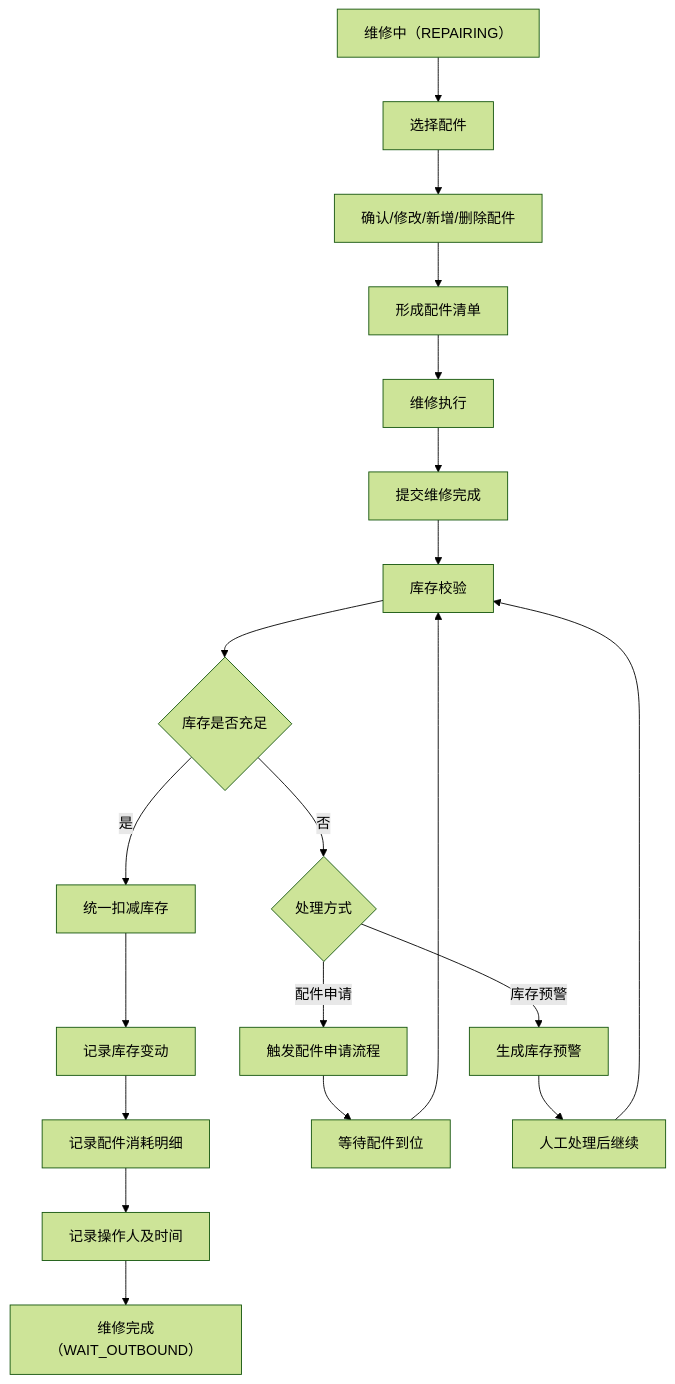
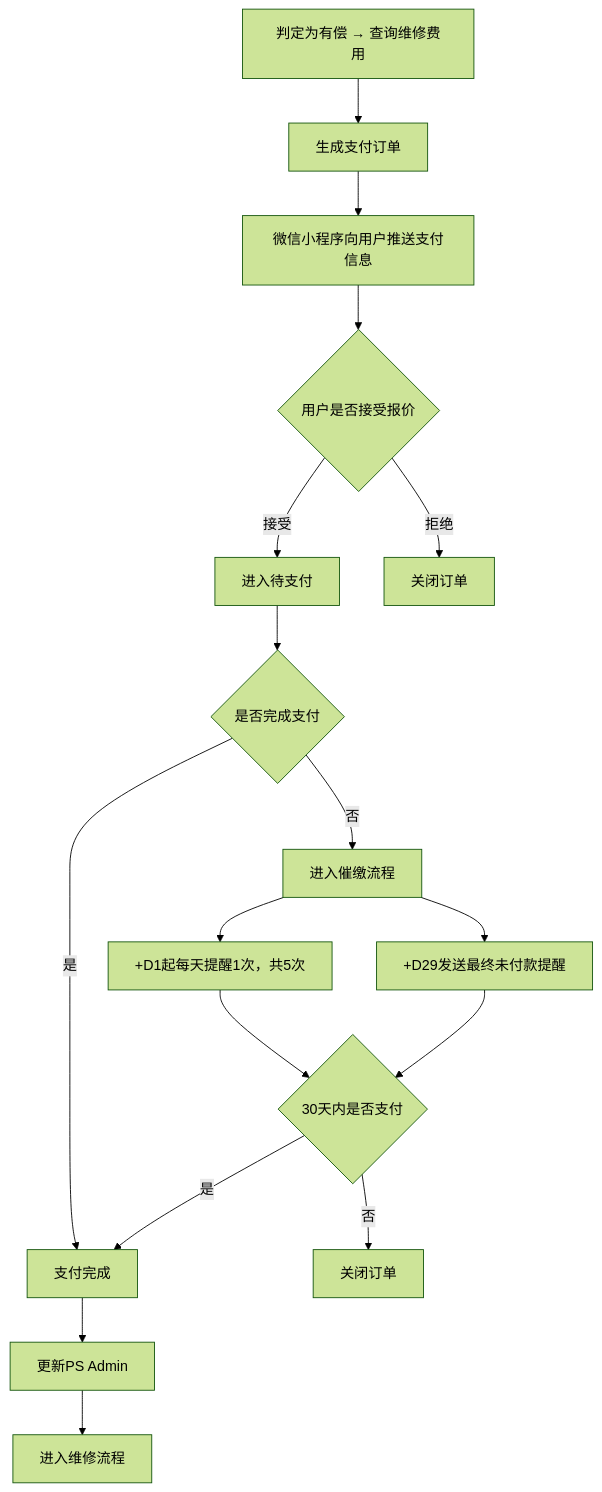
One commit to guguohai/gmps changed the fifth of 38 diagrams in 文档/GM系统需求说明.md. Above: the diagram before and after it, drawn with Mermaid (forest theme). The commit also changed other lines of this file, not shown here.

````diff
--- a/文档/GM系统需求说明.md
+++ b/文档/GM系统需求说明.md
@@ -499,31 +348,28 @@
 ```mermaid
 flowchart TD
 
-A[维修中（REPAIRING）] --> B[选择配件]
+A[判定为有偿 → 查询维修费用] --> B[生成支付订单]
+B --> C[微信小程序向用户推送支付信息]
 
-B --> C[确认/修改/新增/删除配件]
-C --> D[形成配件清单]
+C --> E{用户是否接受报价}
 
-D --> E[维修执行]
+E -->|接受| F[进入待支付]
+E -->|拒绝| P[关闭订单]
 
-E --> F[提交维修完成]
-F --> G[库存校验]
+F --> G{是否完成支付}
 
-G --> H{库存是否充足}
+G -->|是| H[支付完成]
+G -->|否| M[进入催缴流程]
 
-H -->|是| I[统一扣减库存]
-I --> J[记录库存变动]
-J --> K[记录配件消耗明细]
-K --> L[记录操作人及时间]
-L --> M[维修完成（WAIT_OUTBOUND）]
+M --> M1[+D1起每天提醒1次，共5次]
+M --> M2[+D29发送最终未付款提醒]
 
-H -->|否| N{处理方式}
+M1 --> N{30天内是否支付}
+M2 --> N
 
-N -->|配件申请| O[触发配件申请流程]
-O --> P[等待配件到位]
-P --> G
+N -->|是| H
+N -->|否| Q[关闭订单]
 
-N -->|库存预警| Q[生成库存预警]
-Q --> R[人工处理后继续]
-R --> G
+H --> J[更新PS Admin]
+J --> L[进入维修流程]
 ```
````
